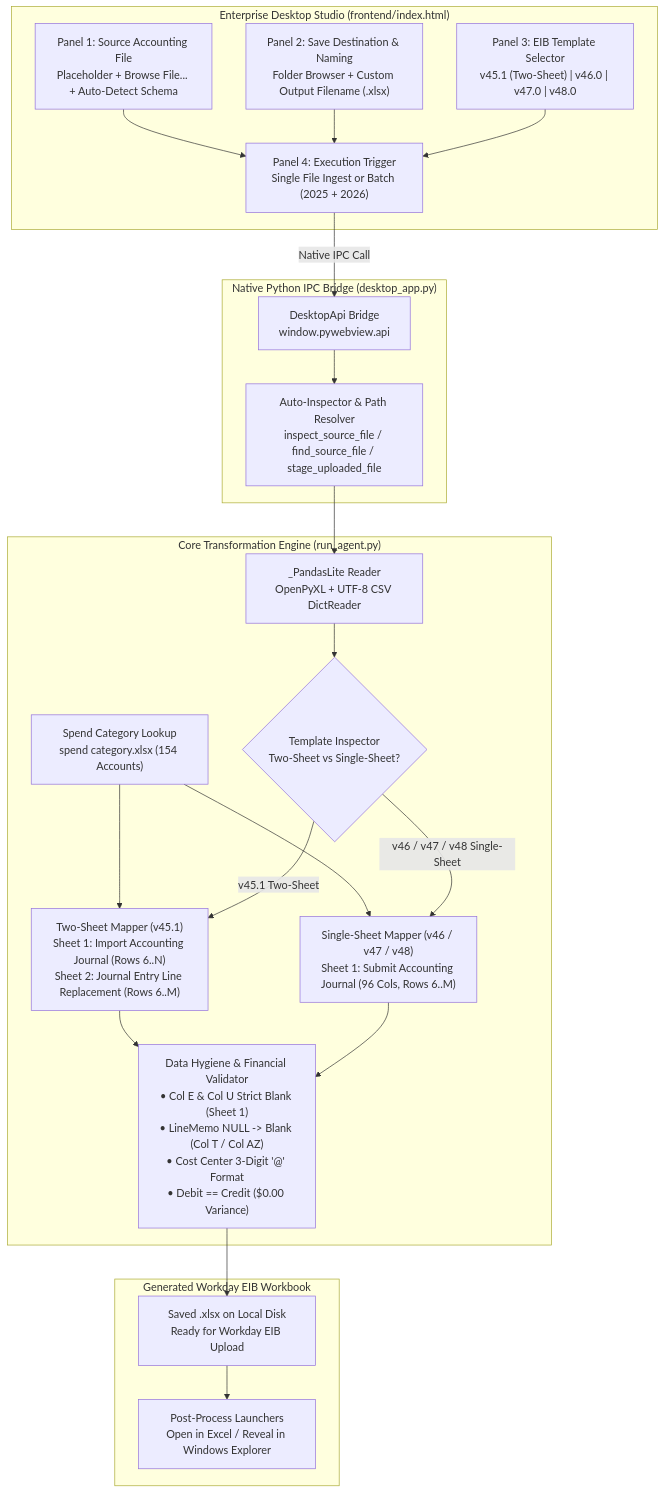
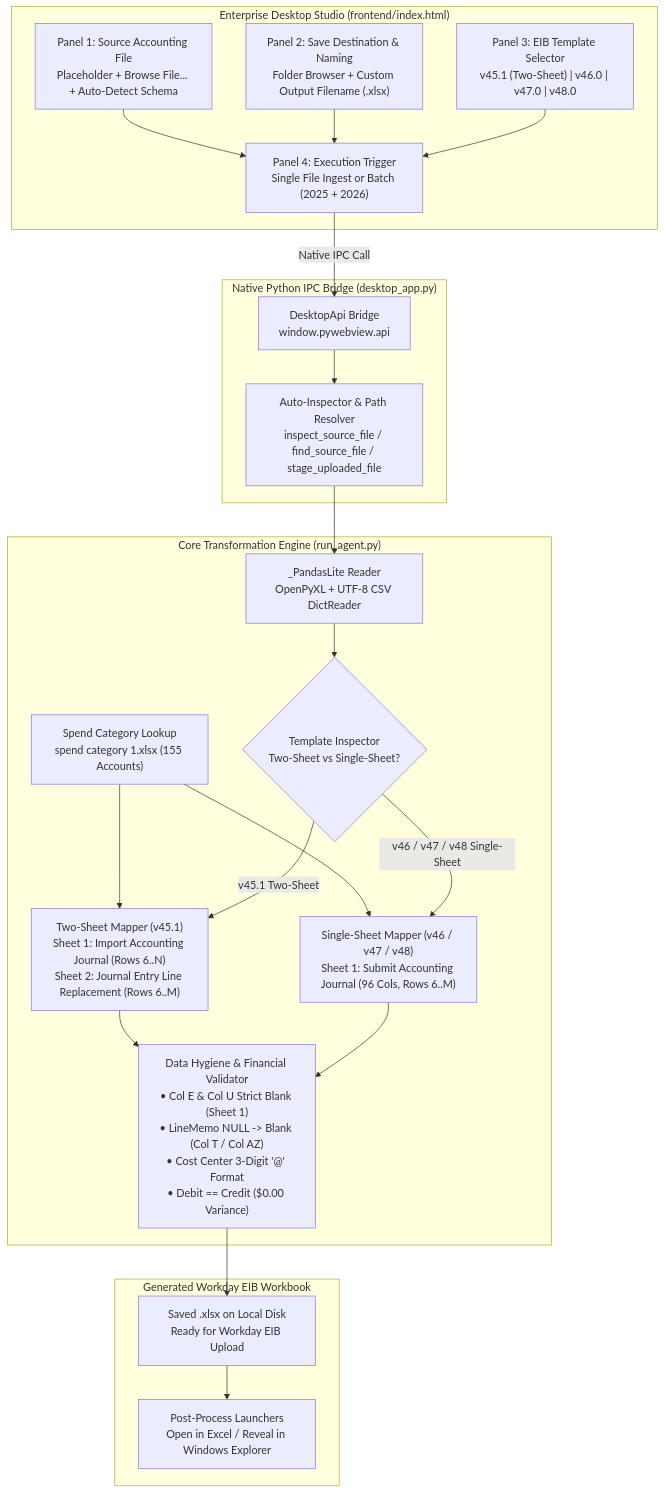
Before and after one commit to Git229KEV/CSV-to-EIB-Agent: the first of 3 diagrams in README.md, drawn with Mermaid. The commit also changed other lines of this file and 25 other files, not shown here.

Commit message:
feat: adopt spend category 1.xlsx (155 mapping rules) and update algorithms

````diff
--- a/README.md
+++ b/README.md
@@ -55,44 +55,44 @@
 ```mermaid
 flowchart TD
     subgraph UI["Enterprise Desktop Studio (frontend/index.html)"]
         A["Panel 1: Source Accounting File<br/>Placeholder + Browse File... + Auto-Detect Schema"]
         B["Panel 2: Save Destination & Naming<br/>Folder Browser + Custom Output Filename (.xlsx)"]
         C["Panel 3: EIB Template Selector<br/>v45.1 (Two-Sheet) | v46.0 | v47.0 | v48.0"]
         D["Panel 4: Execution Trigger<br/>Single File Ingest or Batch (2025 + 2026)"]
     end
 
     subgraph IPC["Native Python IPC Bridge (desktop_app.py)"]
         E["DesktopApi Bridge<br/>window.pywebview.api"]
         F["Auto-Inspector & Path Resolver<br/>inspect_source_file / find_source_file / stage_uploaded_file"]
     end
 
     subgraph ENGINE["Core Transformation Engine (run_agent.py)"]
         G["_PandasLite Reader<br/>OpenPyXL + UTF-8 CSV DictReader"]
-        H["Spend Category Lookup<br/>spend category.xlsx (154 Accounts)"]
+        H["Spend Category Lookup<br/>spend category 1.xlsx (155 Accounts)"]
         I{"Template Inspector<br/>Two-Sheet vs Single-Sheet?"}
         J["Two-Sheet Mapper (v45.1)<br/>Sheet 1: Import Accounting Journal (Rows 6..N)<br/>Sheet 2: Journal Entry Line Replacement (Rows 6..M)"]
         K["Single-Sheet Mapper (v46 / v47 / v48)<br/>Sheet 1: Submit Accounting Journal (96 Cols, Rows 6..M)"]
         L["Data Hygiene & Financial Validator<br/>• Col E & Col U Strict Blank (Sheet 1)<br/>• LineMemo NULL -> Blank (Col T / Col AZ)<br/>• Cost Center 3-Digit '@' Format<br/>• Debit == Credit ($0.00 Variance)"]
     end
 
     subgraph OUTPUT["Generated Workday EIB Workbook"]
         M["Saved .xlsx on Local Disk<br/>Ready for Workday EIB Upload"]
         N["Post-Process Launchers<br/>Open in Excel / Reveal in Windows Explorer"]
     end
 
     A --> D
     B --> D
     C --> D
     D -->|"Native IPC Call"| E
     E --> F
     F --> G
     G --> I
     H --> J
     H --> K
     I -->|"v45.1 Two-Sheet"| J
     I -->|"v46 / v47 / v48 Single-Sheet"| K
     J --> L
     K --> L
     L --> M
     M --> N
 ```
````
